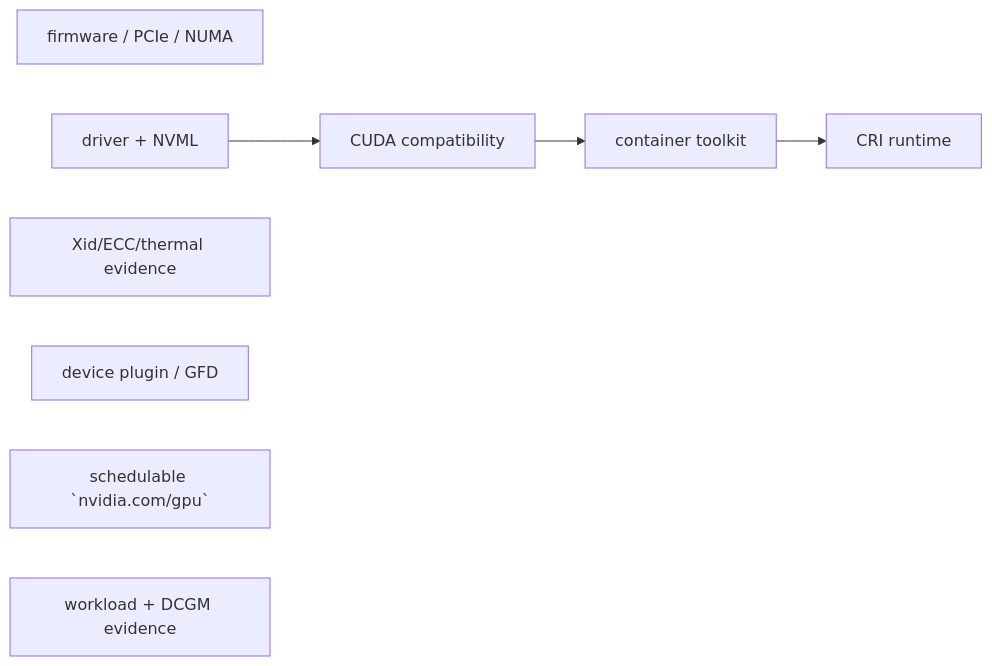
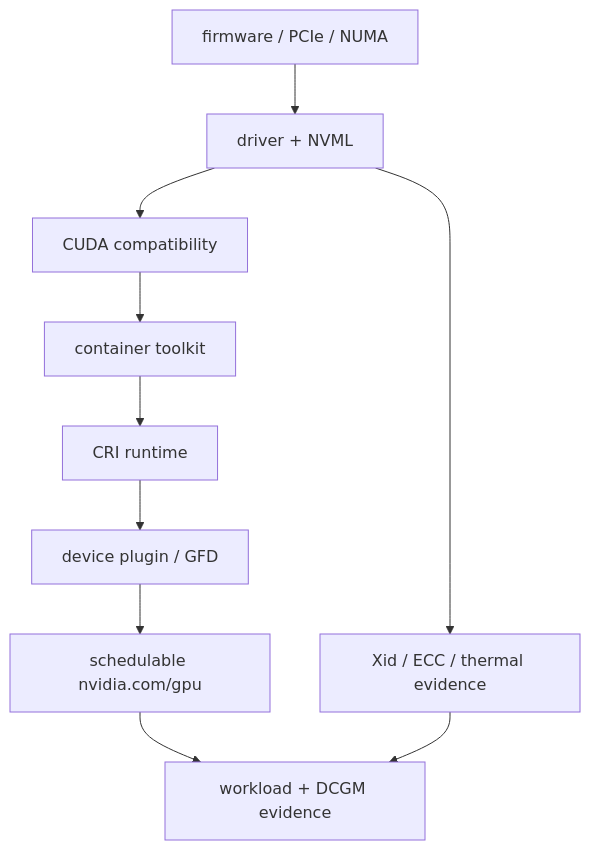
Before and after one commit to jithinpnjm/nvidia-devops: the diagram in docs/volume-01/12-senior-deep-dive-6-host-readiness-for-nvidia-gpu-nodes.md, drawn with Mermaid. The commit also changed 99 other files, not shown here.

````diff
--- a/docs/volume-01/12-senior-deep-dive-6-host-readiness-for-nvidia-gpu-nodes.md
+++ b/docs/volume-01/12-senior-deep-dive-6-host-readiness-for-nvidia-gpu-nodes.md
@@ -28,16 +28,7 @@
 ```mermaid
-flowchart LR
-  %% Converted from the original ASCII diagram; source wording is preserved.
-  n0["firmware / PCIe / NUMA"]
-  n1["driver + NVML"]
-  n2["CUDA compatibility"]
-  n3["container toolkit"]
-  n4["CRI runtime"]
-  n5["Xid/ECC/thermal evidence"]
-  n6["device plugin / GFD"]
-  n7["schedulable `nvidia.com/gpu`"]
-  n8["workload + DCGM evidence"]
-  n1 --> n2
-  n2 --> n3
-  n3 --> n4
+flowchart TD
+  Hardware["firmware / PCIe / NUMA"] --> Driver["driver + NVML"] --> CUDA["CUDA compatibility"]
+  CUDA --> Toolkit["container toolkit"] --> CRI["CRI runtime"] --> Plugin["device plugin / GFD"]
+  Plugin --> Capacity["schedulable nvidia.com/gpu"] --> Workload["workload + DCGM evidence"]
+  Driver --> Health["Xid / ECC / thermal evidence"] --> Workload
 ```
````
